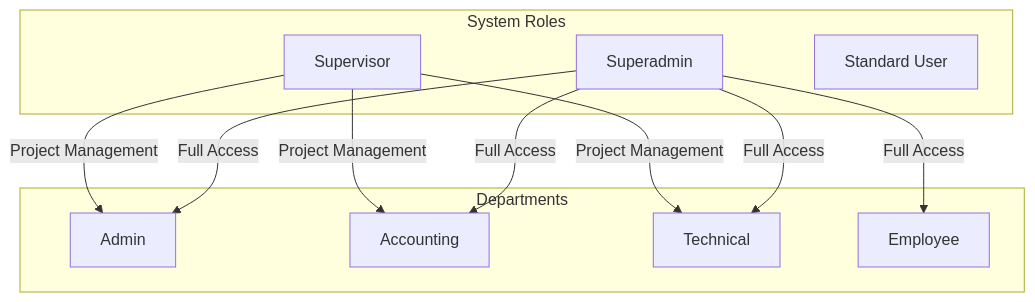
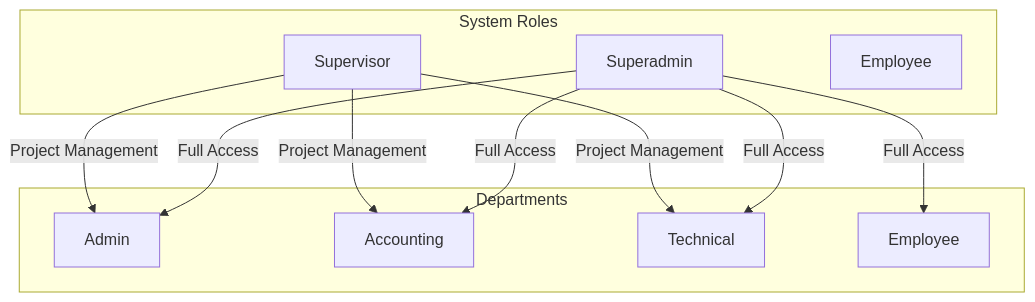
Before and after one commit to Ranyeelll/project-app: the sixth of 13 diagrams in docs/SYSTEM_DOCUMENTATION.md, drawn with Mermaid. The commit also changed other lines of this file and 49 other files, not shown here.

````diff
--- a/docs/SYSTEM_DOCUMENTATION.md
+++ b/docs/SYSTEM_DOCUMENTATION.md
@@ -401,23 +401,23 @@
 ```mermaid
 graph TD
     subgraph "System Roles"
         SA[Superadmin]
         SUP[Supervisor]
-        STD[Standard User]
+        EMP_ROLE[Employee]
     end
     
     subgraph "Departments"
         ADM[Admin]
         ACC[Accounting]
         TECH[Technical]
         EMP[Employee]
     end
     
     SA -->|Full Access| ADM
     SA -->|Full Access| ACC
     SA -->|Full Access| TECH
     SA -->|Full Access| EMP
     SUP -->|Project Management| ADM
     SUP -->|Project Management| ACC
     SUP -->|Project Management| TECH
 ```
````
